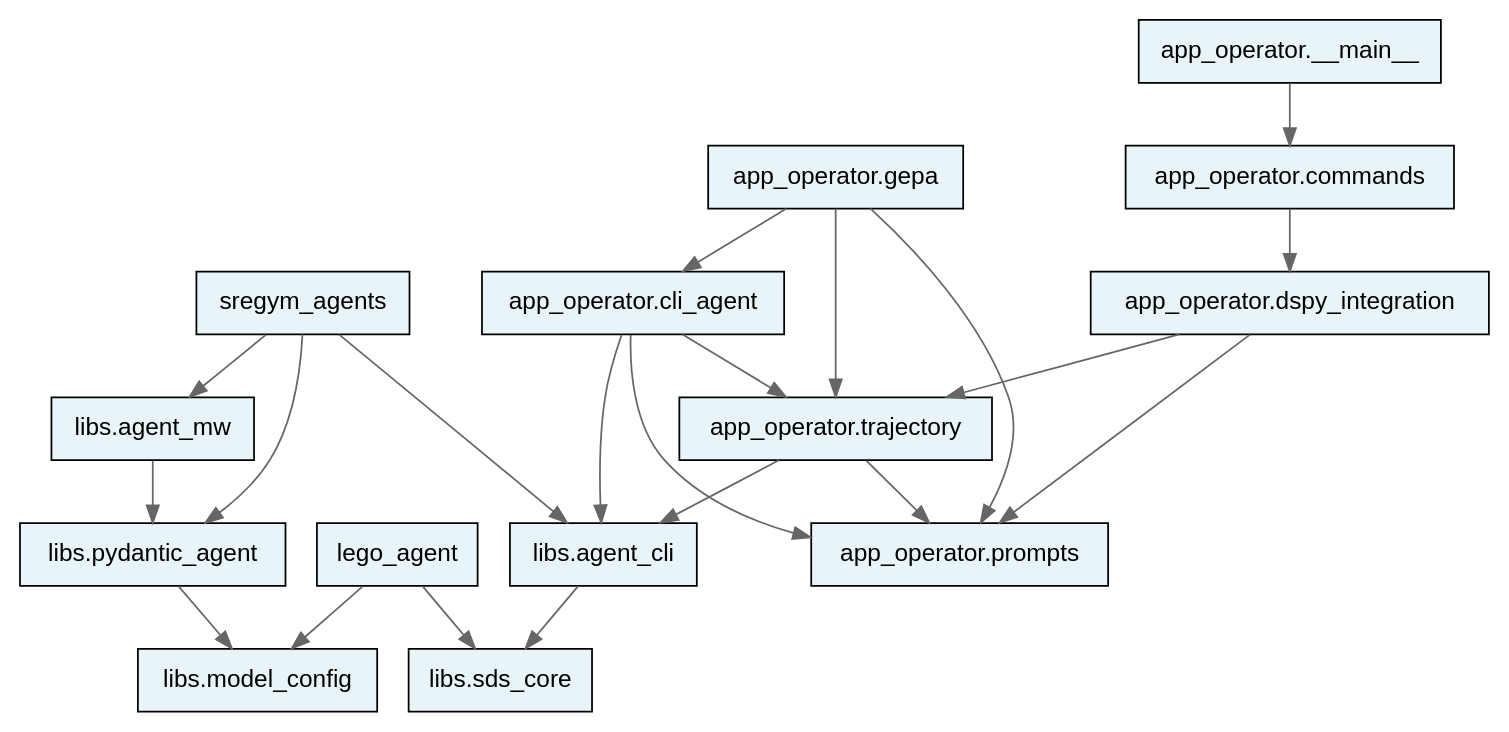
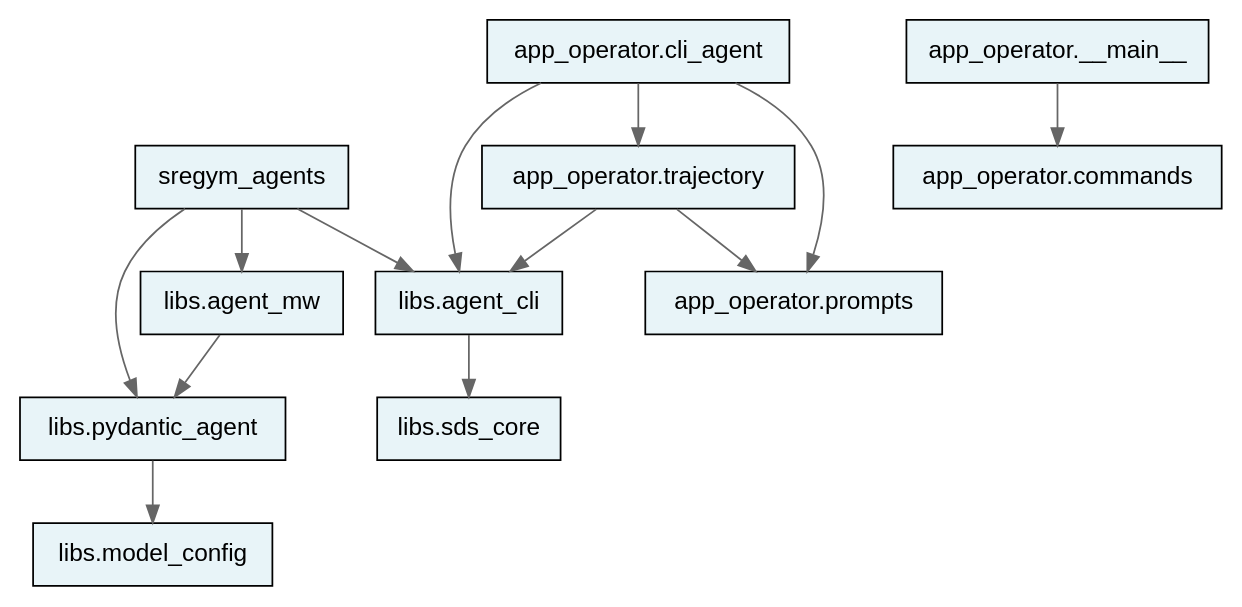
The diagram in docs/assets/tach_module_graph.dot (uw-syfi/sdo), drawn with Graphviz before and after one commit. The commit also changed 79 other files, not shown here.

```diff
--- a/docs/assets/tach_module_graph.dot
+++ b/docs/assets/tach_module_graph.dot
@@ -1,26 +1,18 @@
 digraph tach_modules {
     rankdir=TB;
     node [shape=box, style=filled, fillcolor="#e8f4f8", fontname="Helvetica"];
     edge [color="#666666"];
 
     "libs.pydantic_agent" -> "libs.model_config";
     "libs.agent_mw" -> "libs.pydantic_agent";
     "libs.agent_cli" -> "libs.sds_core";
     "app_operator.trajectory" -> "app_operator.prompts";
     "app_operator.trajectory" -> "libs.agent_cli";
-    "app_operator.dspy_integration" -> "app_operator.prompts";
-    "app_operator.dspy_integration" -> "app_operator.trajectory";
     "app_operator.cli_agent" -> "app_operator.prompts";
     "app_operator.cli_agent" -> "app_operator.trajectory";
     "app_operator.cli_agent" -> "libs.agent_cli";
-    "app_operator.gepa" -> "app_operator.cli_agent";
-    "app_operator.gepa" -> "app_operator.prompts";
-    "app_operator.gepa" -> "app_operator.trajectory";
-    "app_operator.commands" -> "app_operator.dspy_integration";
     "app_operator.__main__" -> "app_operator.commands";
-    "lego_agent" -> "libs.model_config";
-    "lego_agent" -> "libs.sds_core";
     "sregym_agents" -> "libs.pydantic_agent";
     "sregym_agents" -> "libs.agent_mw";
     "sregym_agents" -> "libs.agent_cli";
 }
```
